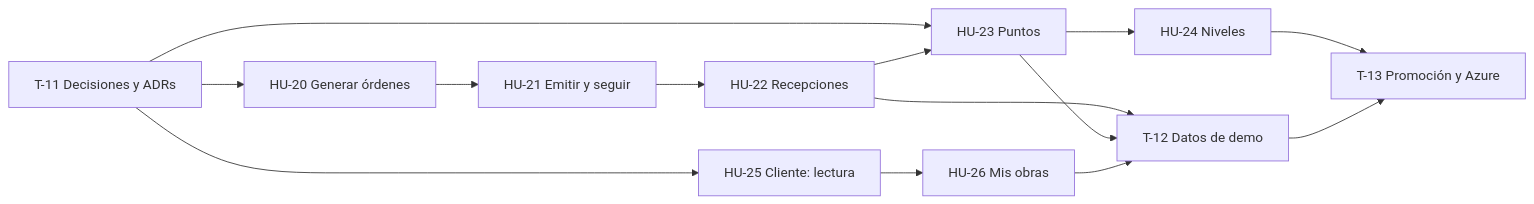
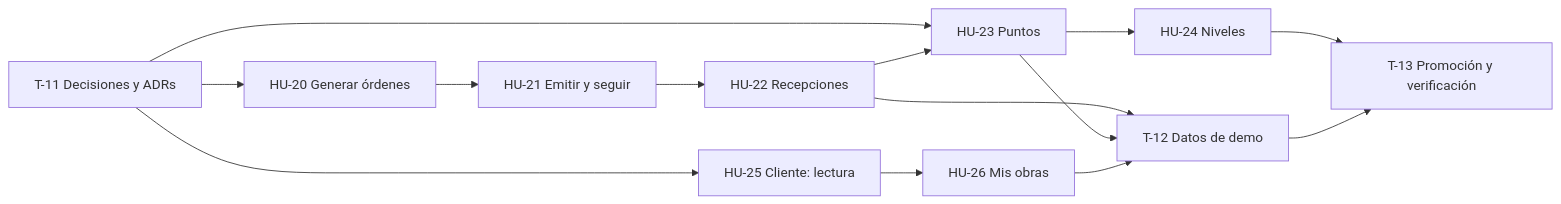
One commit to uca-argentina/pid-2026-doblews changed the diagram in docs/historias/sprint-4.md. Above: the diagram before and after it, drawn with Mermaid.

Commit message:
docs: drop Azure from the sprint 4 diagram

````diff
--- a/docs/historias/sprint-4.md
+++ b/docs/historias/sprint-4.md
@@ -317,16 +317,16 @@
 ```mermaid
 flowchart LR
     T11[T-11 Decisiones y ADRs] --> HU20[HU-20 Generar órdenes]
     HU20 --> HU21[HU-21 Emitir y seguir]
     HU21 --> HU22[HU-22 Recepciones]
     T11 --> HU23[HU-23 Puntos]
     HU22 --> HU23
     HU23 --> HU24[HU-24 Niveles]
     T11 --> HU25[HU-25 Cliente: lectura]
     HU25 --> HU26[HU-26 Mis obras]
     HU22 --> T12[T-12 Datos de demo]
     HU23 --> T12
     HU26 --> T12
-    HU24 --> T13[T-13 Promoción y Azure]
+    HU24 --> T13[T-13 Promoción y verificación]
     T12 --> T13
 ```
````
